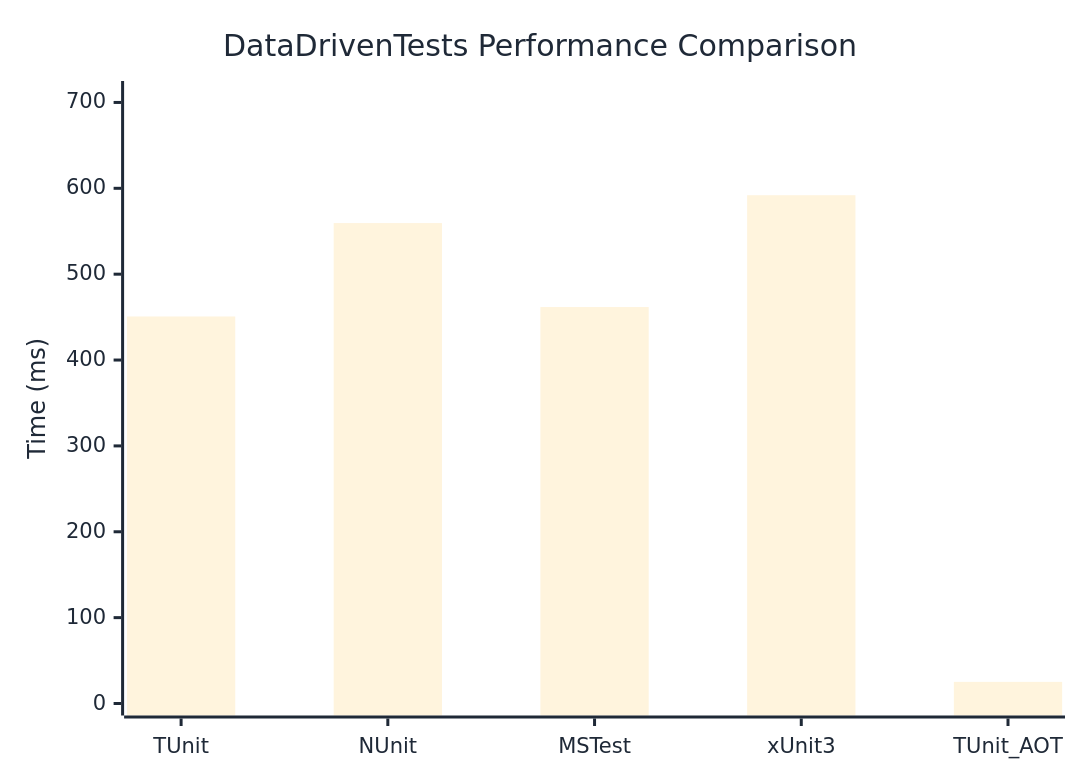
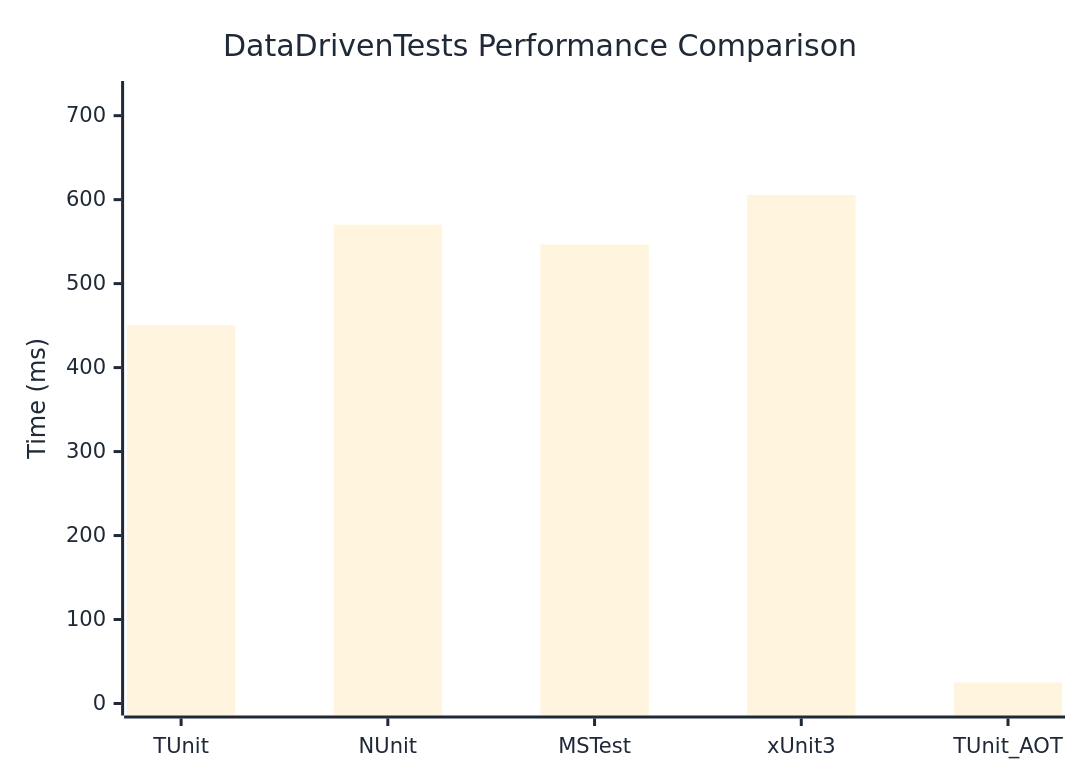
Before and after one commit to thomhurst/TUnit: the diagram in docs/docs/benchmarks/DataDrivenTests.md, drawn with Mermaid. The commit also changed other lines of this file and 17 other files, not shown here.

````diff
--- a/docs/docs/benchmarks/DataDrivenTests.md
+++ b/docs/docs/benchmarks/DataDrivenTests.md
@@ -27,37 +27,37 @@
 ```mermaid
 %%{init: {
   'theme':'base',
   'themeVariables': {
     'primaryColor': '#2563eb',
     'primaryTextColor': '#1f2937',
     'primaryBorderColor': '#1e40af',
     'lineColor': '#6b7280',
     'secondaryColor': '#7c3aed',
     'tertiaryColor': '#dc2626',
     'background': '#ffffff',
     'mainBkg': '#2563eb',
     'secondBkg': '#7c3aed',
     'tertiaryBkg': '#dc2626',
     'clusterBkg': '#f3f4f6',
     'edgeLabelBackground': '#ffffff',
     'tertiaryTextColor': '#1f2937',
     'pie1': '#2563eb',
     'pie2': '#7c3aed',
     'pie3': '#dc2626',
     'pie4': '#f59e0b',
     'pie5': '#10b981',
     'pie6': '#06b6d4',
     'pie7': '#ec4899',
     'pie8': '#6366f1',
     'pie9': '#84cc16',
     'pie10': '#f97316',
     'pie11': '#14b8a6',
     'pie12': '#a855f7'
   }
 }}%%
 xychart-beta
   title "DataDrivenTests Performance Comparison"
   x-axis ["TUnit", "NUnit", "MSTest", "xUnit3", "TUnit_AOT"]
-  y-axis "Time (ms)" 0 --> 711
-  bar [450.73, 559.52, 461.72, 591.97, 25.2]
+  y-axis "Time (ms)" 0 --> 727
+  bar [450.75, 570.18, 546.53, 605.54, 25.05]
 ```
````
